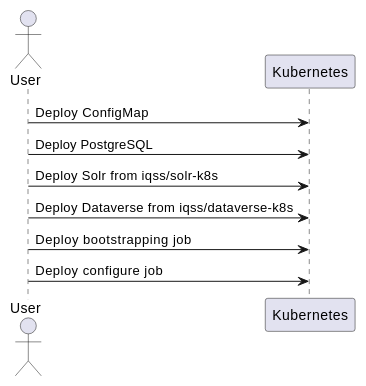
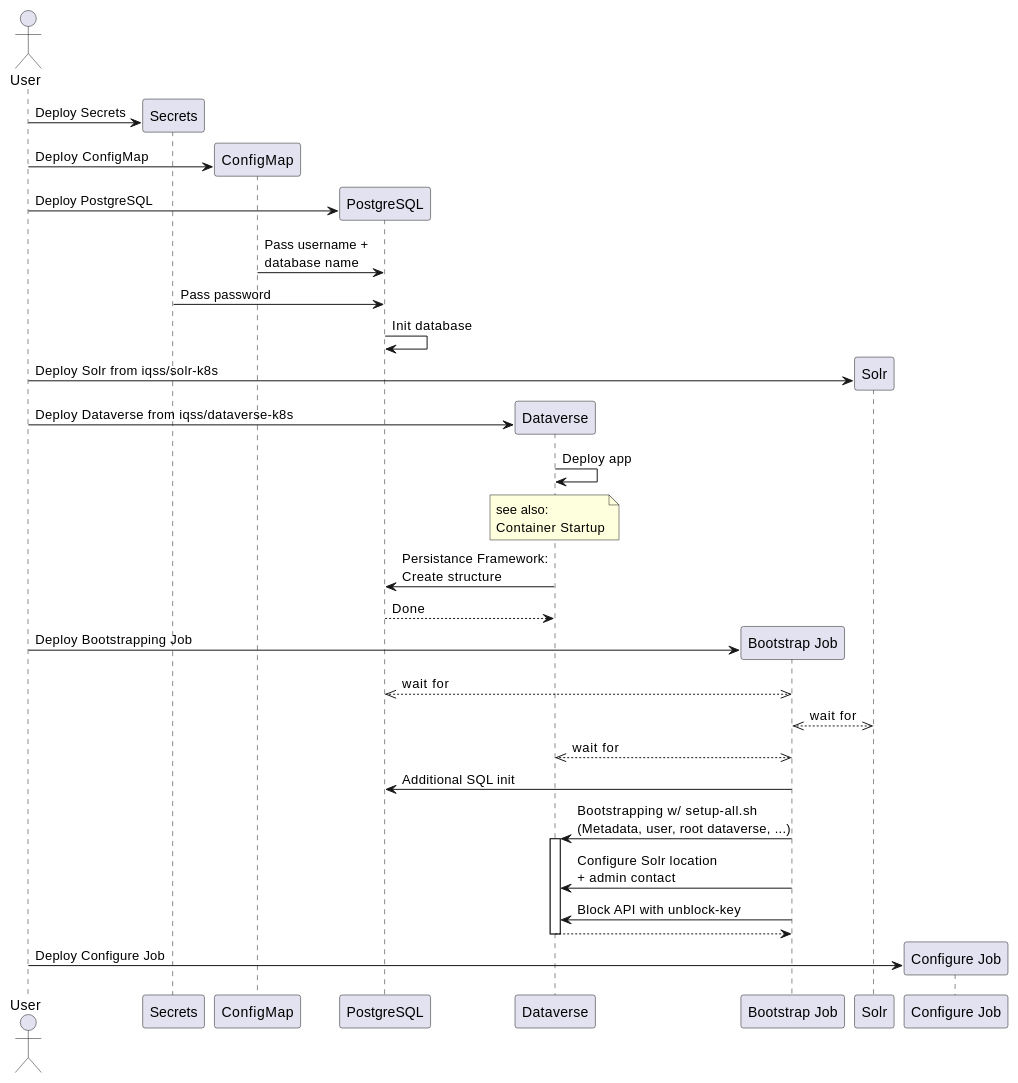
One commit to HyperSpec-FDM/dataverse-kubernetes changed the first of 2 diagrams in docs/how-it-works.md. Above: the diagram before and after it, drawn with PlantUML. The commit also changed other lines of this file, not shown here.

Commit message:
Start work on activity diagram about the deployment process

```diff
--- a/docs/how-it-works.md
+++ b/docs/how-it-works.md
@@ -11,10 +11,45 @@
   @startuml
   actor User
-  participant "Kubernetes" as K
-  User -> K: Deploy ConfigMap
-  User -> K: Deploy PostgreSQL
-  User -> K: Deploy Solr from iqss/solr-k8s
-  User -> K: Deploy Dataverse from iqss/dataverse-k8s
-  User -> K: Deploy bootstrapping job
-  User -> K: Deploy configure job
+  participant "Secrets" as S
+  participant "ConfigMap" as CM
+  participant "PostgreSQL" as P
+  participant "Dataverse" as D
+  participant "Bootstrap Job" as BJ
+  participant "Solr"
+  participant "Configure Job" as CJ
+
+  create S
+  User -> S: Deploy Secrets
+  create CM
+  User -> CM: Deploy ConfigMap
+  create P
+  User -> P: Deploy PostgreSQL
+  CM -> P: Pass username +\ndatabase name
+  S -> P: Pass password
+  P -> P: Init database
+
+  create Solr
+  User -> Solr: Deploy Solr from iqss/solr-k8s
+
+  create D
+  User -> D: Deploy Dataverse from iqss/dataverse-k8s
+  D -> D: Deploy app
+  note over D: see also:\nContainer Startup
+  D -> P: Persistance Framework:\nCreate structure
+  P --> D: Done
+
+  create BJ
+  User -> BJ: Deploy Bootstrapping Job
+  BJ <<-->> P: wait for
+  BJ <<-->> Solr: wait for
+  BJ <<-->> D: wait for
+  BJ -> P: Additional SQL init
+  BJ -> D: Bootstrapping w/ setup-all.sh\n(Metadata, user, root dataverse, ...)
+  activate D
+  BJ -> D: Configure Solr location\n+ admin contact
+  BJ -> D: Block API with unblock-key
+  return
+
+  create CJ
+  User -> CJ: Deploy Configure Job
   @enduml
```
